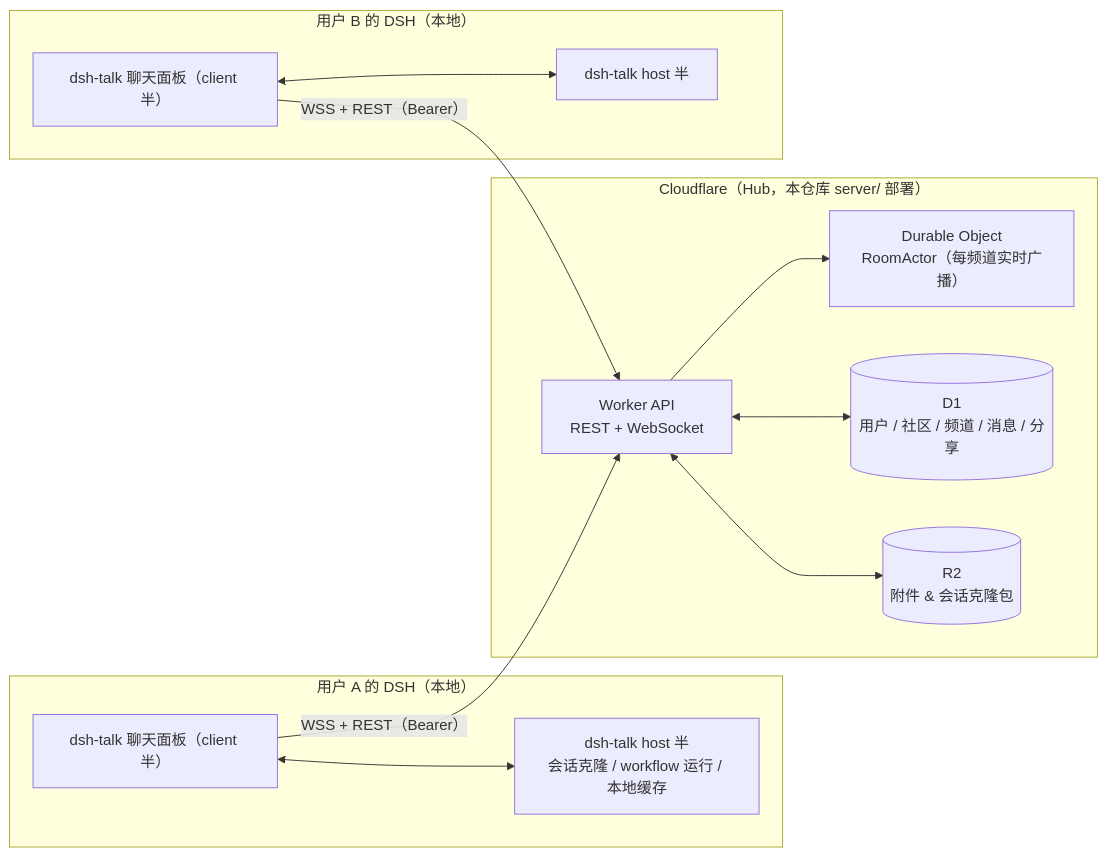
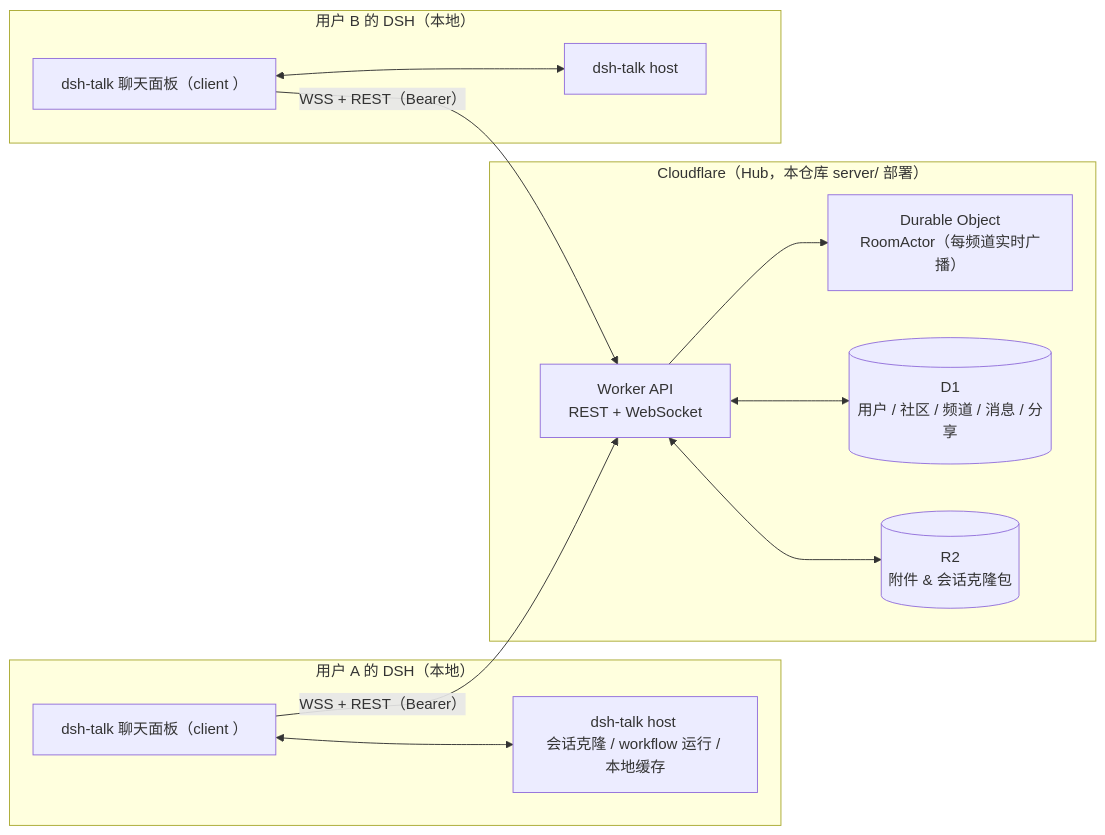
One commit to seolhw/dsh-hello-plugin changed the diagram in README.md. Above: the diagram before and after it, drawn with Mermaid. The commit also changed other lines of this file and 21 other files, not shown here.

````diff
--- a/README.md
+++ b/README.md
@@ -66,24 +64,24 @@
 ```mermaid
 flowchart LR
     subgraph A["用户 A 的 DSH（本地）"]
-        UI["dsh-talk 聊天面板（client 半）"]
-        HOST["dsh-talk host 半<br/>会话克隆 / workflow 运行 / 本地缓存"]
+        UI["dsh-talk 聊天面板（client ）"]
+        HOST["dsh-talk host <br/>会话克隆 / workflow 运行 / 本地缓存"]
         UI <--> HOST
     end
     subgraph C["Cloudflare（Hub，本仓库 server/ 部署）"]
         API["Worker API<br/>REST + WebSocket"]
         DO["Durable Object<br/>RoomActor（每频道实时广播）"]
         D1[("D1<br/>用户 / 社区 / 频道 / 消息 / 分享")]
         R2[("R2<br/>附件 & 会话克隆包")]
         API --> DO
         API <--> D1
         API <--> R2
     end
     subgraph B["用户 B 的 DSH（本地）"]
-        UI2["dsh-talk 聊天面板（client 半）"]
-        HOST2["dsh-talk host 半"]
+        UI2["dsh-talk 聊天面板（client ）"]
+        HOST2["dsh-talk host "]
         UI2 <--> HOST2
     end
     UI -- "WSS + REST（Bearer）" --> API
     UI2 -- "WSS + REST（Bearer）" --> API
 ```
````
